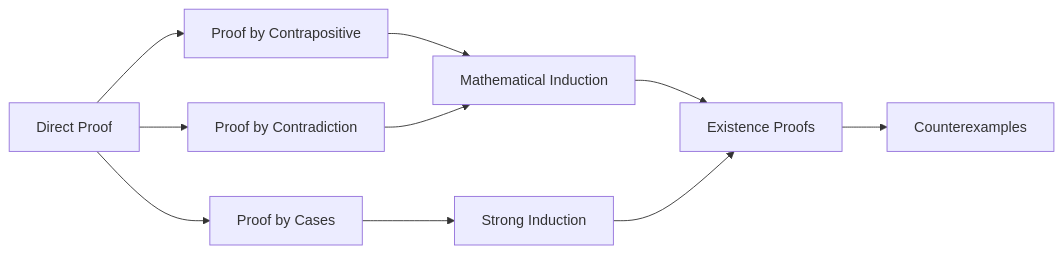
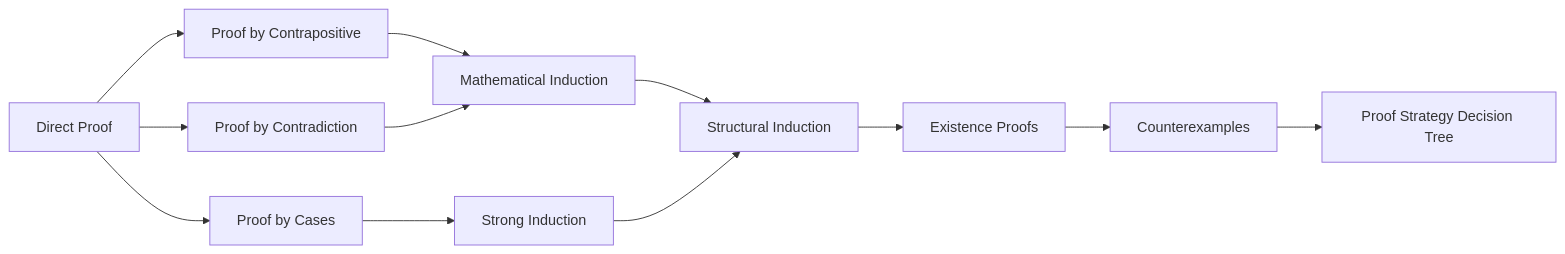
One commit to Raushan666java/ai-engineering-journey changed the first of 2 diagrams in docs/courses/discrete-mathematics/04-proofs.md. Above: the diagram before and after it, drawn with Mermaid. The commit also changed other lines of this file and 62 other files, not shown here.

````diff
--- a/docs/courses/discrete-mathematics/04-proofs.md
+++ b/docs/courses/discrete-mathematics/04-proofs.md
@@ -31,12 +34,14 @@
 ```mermaid
 flowchart LR
     A[Direct Proof] --> B[Proof by Contrapositive]
     A --> C[Proof by Contradiction]
     A --> D[Proof by Cases]
     B --> E[Mathematical Induction]
     C --> E
     D --> F[Strong Induction]
-    E --> G[Existence Proofs]
+    E --> G[Structural Induction]
     F --> G
-    G --> H[Counterexamples]
+    G --> H[Existence Proofs]
+    H --> I[Counterexamples]
+    I --> J[Proof Strategy Decision Tree]
 ```
````
